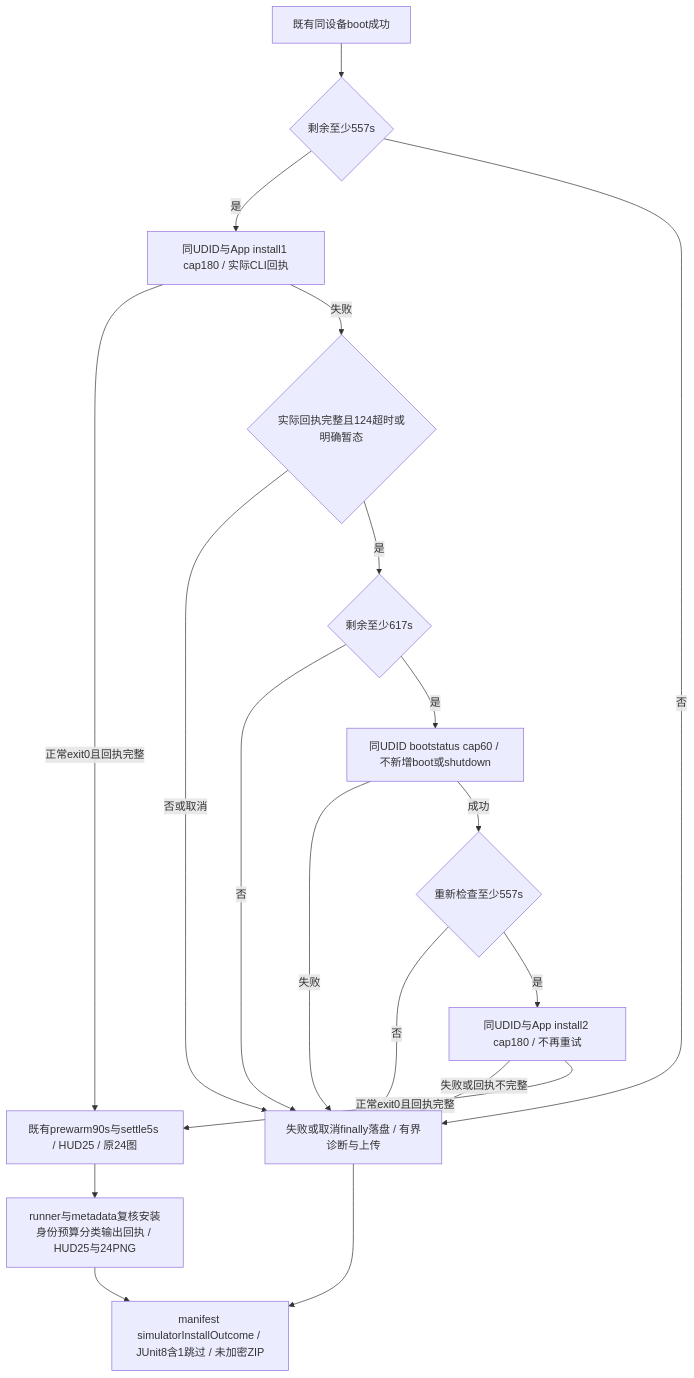
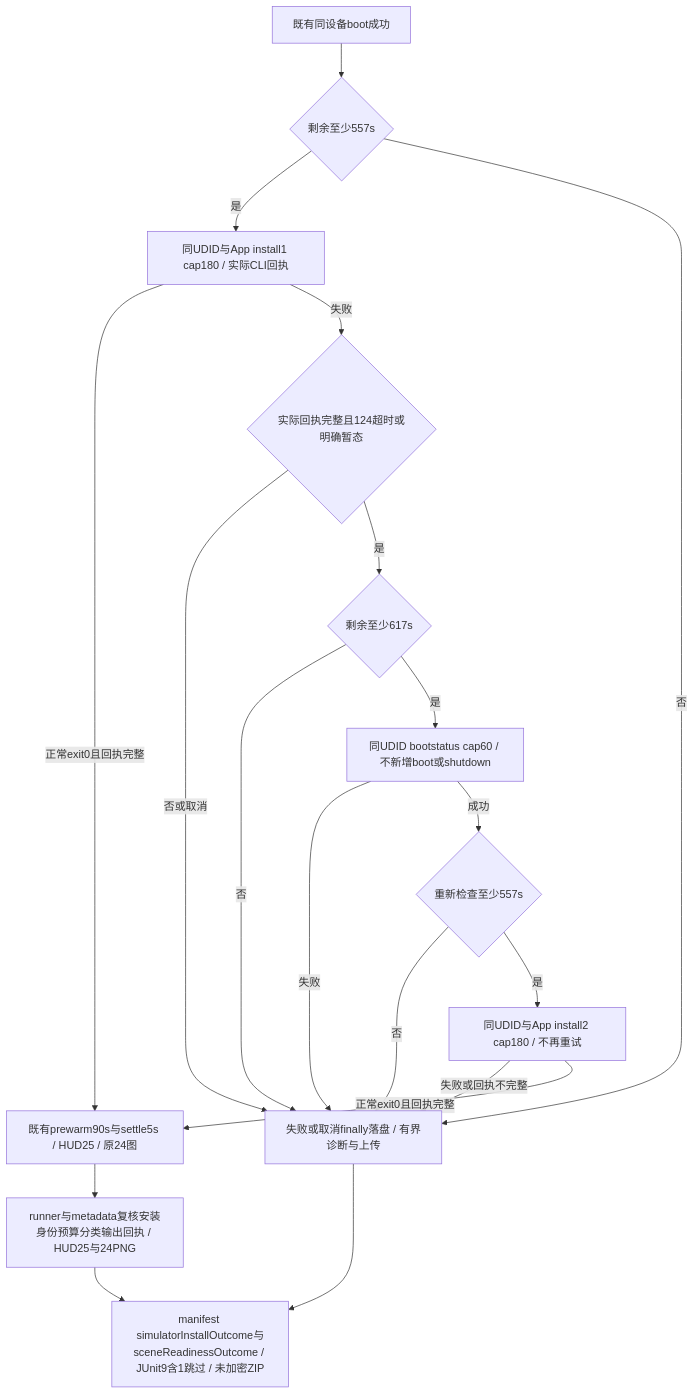
Before and after one commit to Altman-sam114/1145: the sixth of 6 diagrams in md/flow/flowchart.md, drawn with Mermaid. The commit also changed other lines of this file and 11 other files, not shown here.

````diff
--- a/md/flow/flowchart.md
+++ b/md/flow/flowchart.md
@@ -215,21 +233,21 @@
 ```mermaid
 flowchart TD
   Boot[既有同设备boot成功] --> Admit1{剩余至少557s}
   Admit1 -- 是 --> Install1[同UDID与App install1 cap180 / 实际CLI回执]
   Admit1 -- 否 --> Fail[失败或取消finally落盘 / 有界诊断与上传]
   Install1 -- 正常exit0且回执完整 --> Prewarm[既有prewarm90s与settle5s / HUD25 / 原24图]
   Install1 -- 失败 --> Classify{实际回执完整且124超时或明确暂态}
   Classify -- 否或取消 --> Fail
   Classify -- 是 --> AdmitRecovery{剩余至少617s}
   AdmitRecovery -- 否 --> Fail
   AdmitRecovery -- 是 --> Ready[同UDID bootstatus cap60 / 不新增boot或shutdown]
   Ready -- 失败 --> Fail
   Ready -- 成功 --> Admit2{重新检查至少557s}
   Admit2 -- 否 --> Fail
   Admit2 -- 是 --> Install2[同UDID与App install2 cap180 / 不再重试]
   Install2 -- 失败或回执不完整 --> Fail
   Install2 -- 正常exit0且回执完整 --> Prewarm
   Prewarm --> Gate[runner与metadata复核安装身份预算分类输出回执 / HUD25与24PNG]
-  Gate --> Artifact[manifest simulatorInstallOutcome / JUnit8含1跳过 / 未加密ZIP]
+  Gate --> Artifact[manifest simulatorInstallOutcome与sceneReadinessOutcome / JUnit9含1跳过 / 未加密ZIP]
   Fail --> Artifact
 ```
````
